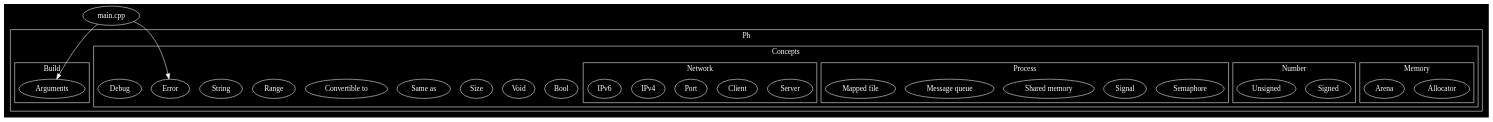
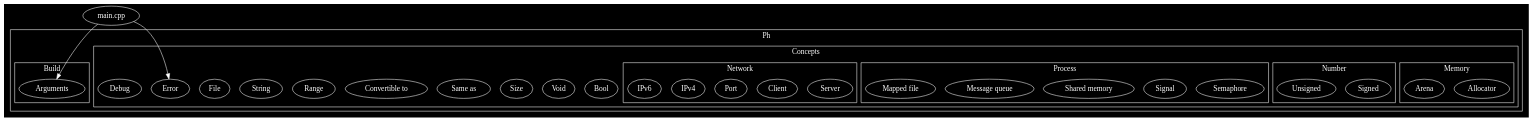
The first of 9 diagrams in README.md (phiwen96/ph), drawn with Graphviz before and after one commit.

```diff
--- a/README.md
+++ b/README.md
@@ -62,6 +62,7 @@
 
 
 			"String";
+			"File";
 			"Error";
 			
 			"Debug";
```
